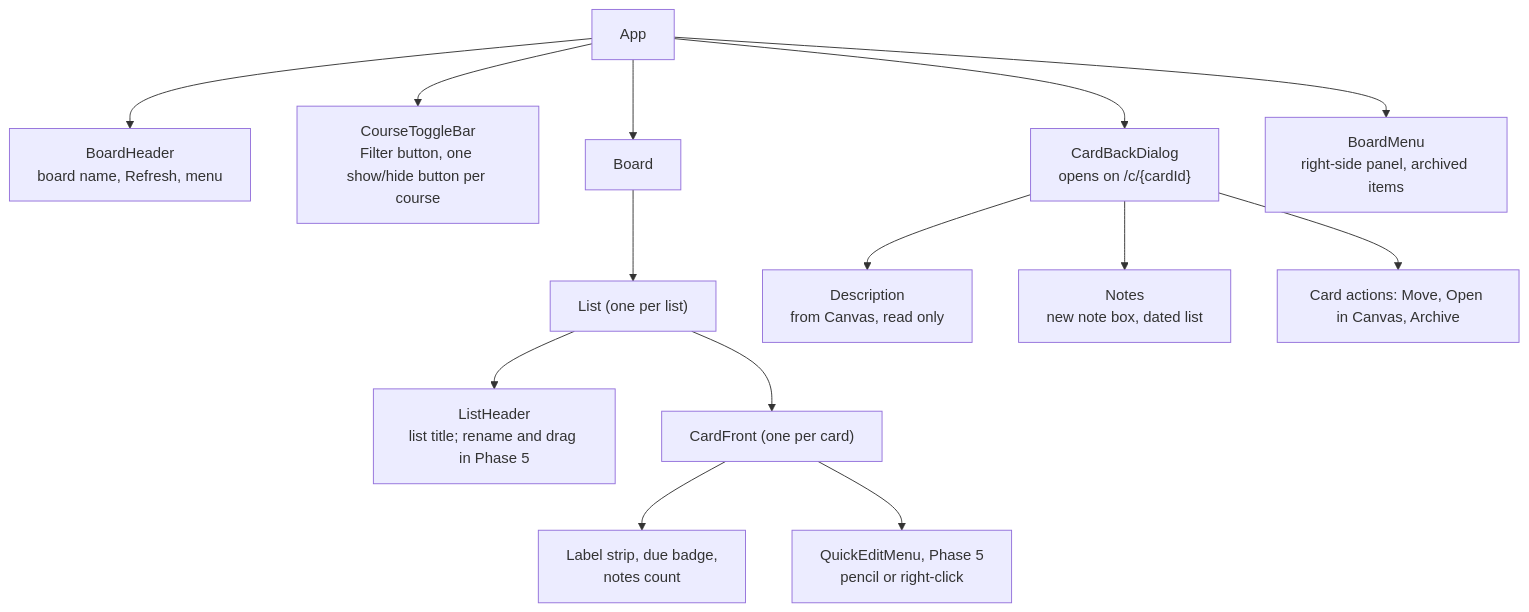
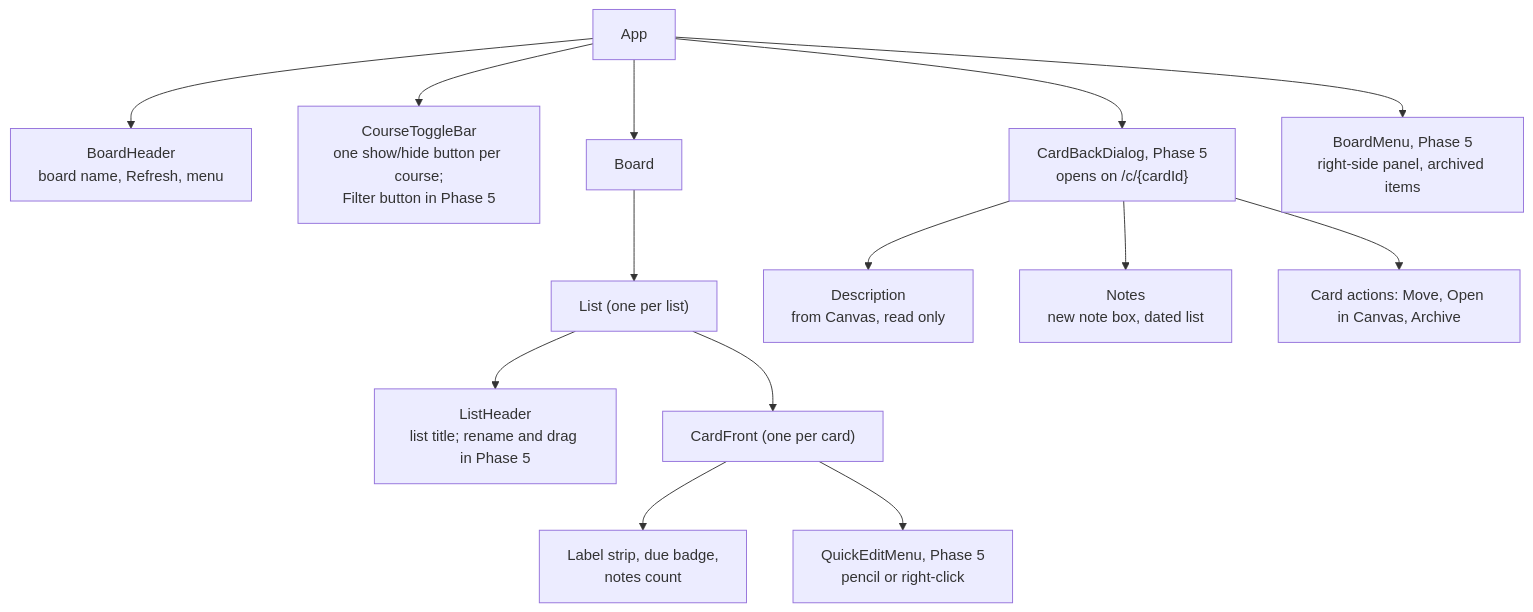
The sixth of 6 diagrams in docs/canvas-portal/03-design.md (bbranton/TestProj), drawn with Mermaid before and after one commit. The commit also changed other lines of this file and 5 other files, not shown here.

````diff
--- a/docs/canvas-portal/03-design.md
+++ b/docs/canvas-portal/03-design.md
@@ -567,16 +570,16 @@
 ```mermaid
 flowchart TD
     App --> Header["BoardHeader<br/>board name, Refresh, menu"]
-    App --> Toggles["CourseToggleBar<br/>Filter button, one show/hide button per course"]
+    App --> Toggles["CourseToggleBar<br/>one show/hide button per course;<br/>Filter button in Phase 5"]
     App --> Board
-    App --> CardBack["CardBackDialog<br/>opens on /c/{cardId}"]
-    App --> BoardMenu["BoardMenu<br/>right-side panel, archived items"]
+    App --> CardBack["CardBackDialog, Phase 5<br/>opens on /c/{cardId}"]
+    App --> BoardMenu["BoardMenu, Phase 5<br/>right-side panel, archived items"]
     Board --> List["List (one per list)"]
     List --> ListHeader["ListHeader<br/>list title; rename and drag in Phase 5"]
     List --> Card["CardFront (one per card)"]
     Card --> Badges["Label strip, due badge,<br/>notes count"]
     Card --> QuickEdit["QuickEditMenu, Phase 5<br/>pencil or right-click"]
     CardBack --> Desc["Description<br/>from Canvas, read only"]
     CardBack --> Notes["Notes<br/>new note box, dated list"]
     CardBack --> Sidebar["Card actions: Move, Open in Canvas, Archive"]
 ```
````
